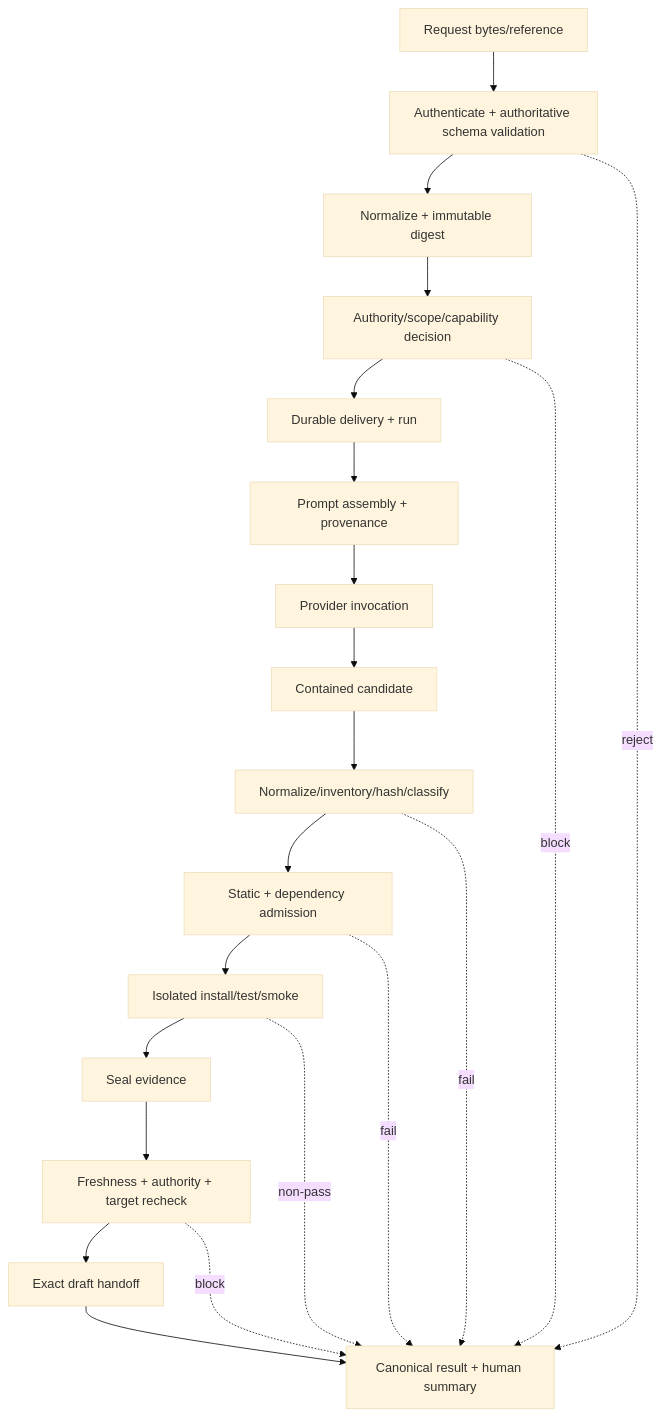
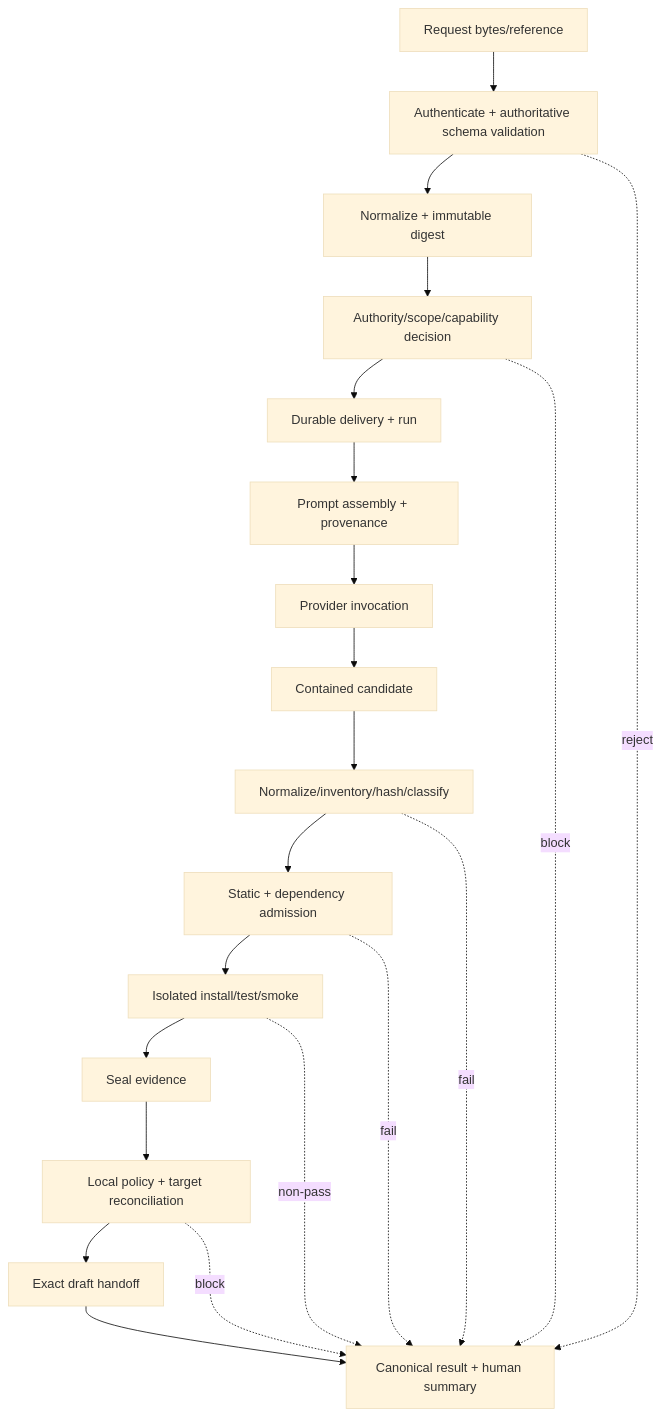
The first of 3 diagrams in docs/architecture/DataFlow.md (Young-Consultations/slugger), drawn with Mermaid (base theme) before and after one commit. The commit also changed other lines of this file and 16 other files, not shown here.

````diff
--- a/docs/architecture/DataFlow.md
+++ b/docs/architecture/DataFlow.md
@@ -22,23 +22,23 @@
 ```mermaid
 flowchart TD
  A[Request bytes/reference] --> B[Authenticate + authoritative schema validation]
  B --> C[Normalize + immutable digest]
  C --> D[Authority/scope/capability decision]
  D --> E[Durable delivery + run]
  E --> F[Prompt assembly + provenance]
  F --> G[Provider invocation]
  G --> H[Contained candidate]
  H --> I[Normalize/inventory/hash/classify]
  I --> J[Static + dependency admission]
  J --> K[Isolated install/test/smoke]
  K --> L[Seal evidence]
- L --> M[Freshness + authority + target recheck]
+ L --> M[Local policy + target reconciliation]
  M --> N[Exact draft handoff]
  N --> O[Canonical result + human summary]
  B -.reject.-> O
  D -.block.-> O
  I -.fail.-> O
  J -.fail.-> O
  K -.non-pass.-> O
  M -.block.-> O
 ```
````
